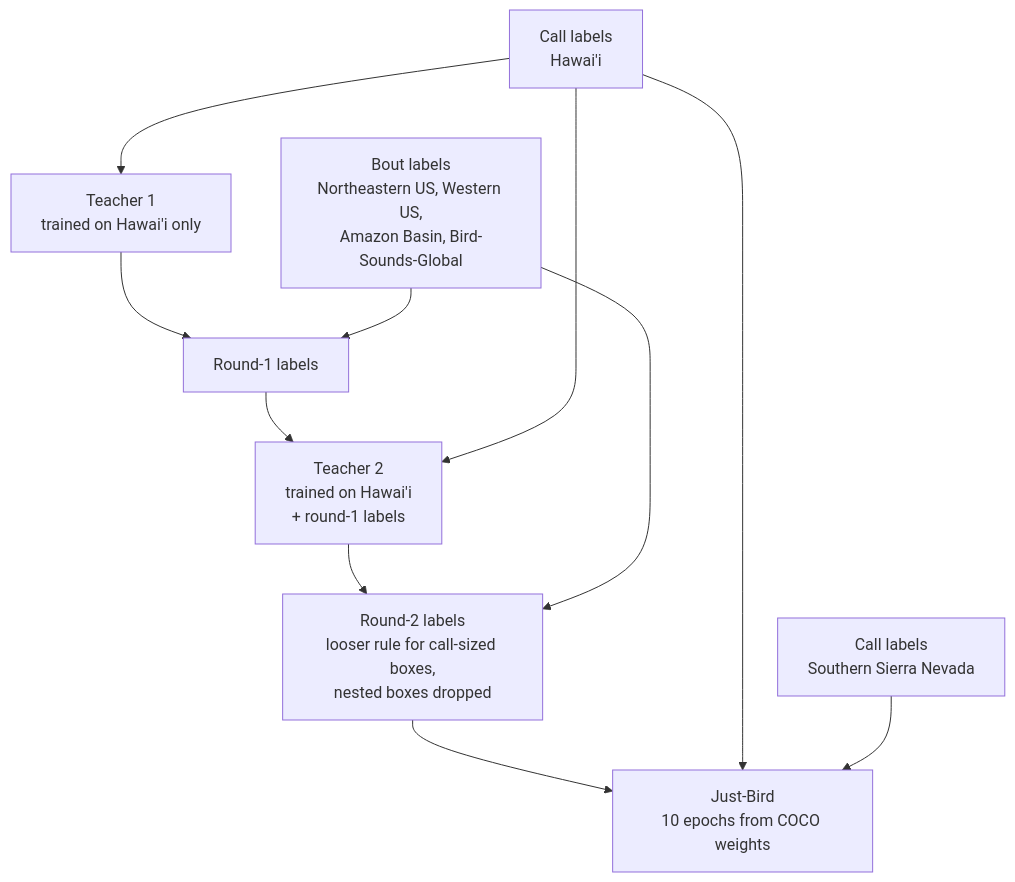
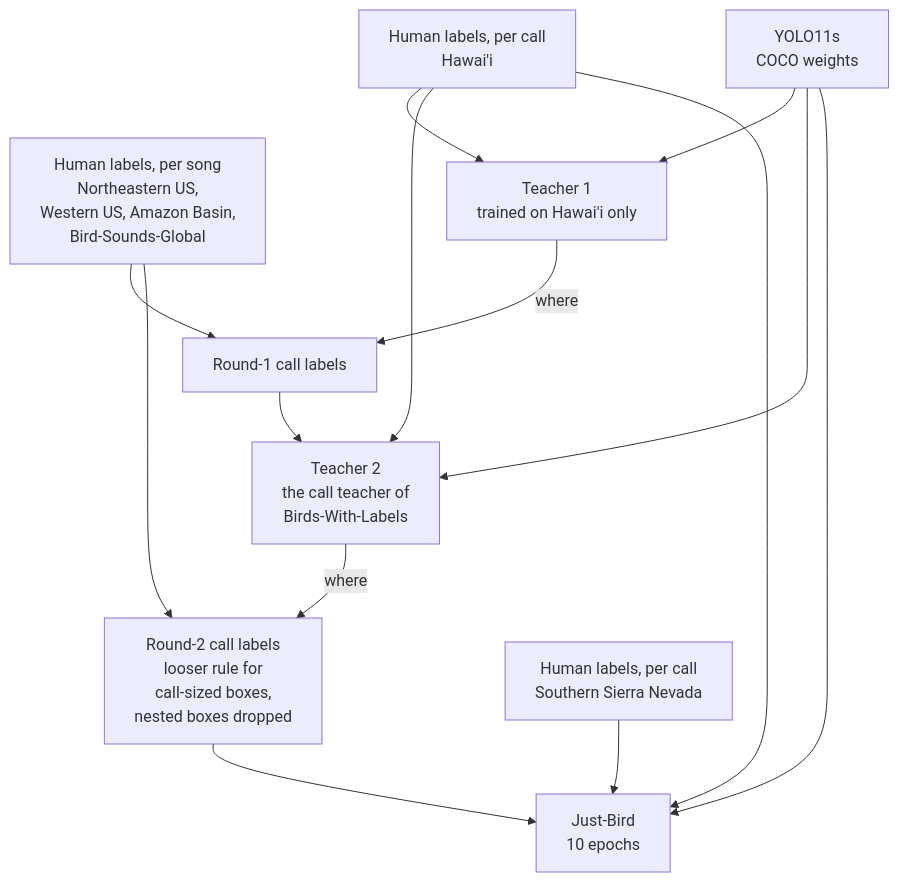
Before and after one commit to birdnet-team/BirdBox: the diagram in docs/models-and-metrics/just-bird-training.md, drawn with Mermaid. The commit also changed other lines of this file and 2 other files, not shown here.

Commit message:
Docs: the Just-Bird and Birds-With-Labels training charts use the same terms

````diff
--- a/docs/models-and-metrics/just-bird-training.md
+++ b/docs/models-and-metrics/just-bird-training.md
@@ -11,21 +11,25 @@
 ```mermaid
 flowchart TD
-  hawaii["Call labels<br/>Hawai'i"]
-  bouts["Bout labels<br/>Northeastern US, Western US,<br/>Amazon Basin, Bird-Sounds-Global"]
+  coco["YOLO11s<br/>COCO weights"]
+  hawaii["Human labels, per call<br/>Hawai'i"]
+  bouts["Human labels, per song<br/>Northeastern US,<br/>Western US, Amazon Basin,<br/>Bird-Sounds-Global"]
   t1["Teacher 1<br/>trained on Hawai'i only"]
-  r1["Round-1 labels"]
-  t2["Teacher 2<br/>trained on Hawai'i<br/>+ round-1 labels"]
-  r2["Round-2 labels<br/>looser rule for call-sized boxes,<br/>nested boxes dropped"]
-  ssn["Call labels<br/>Southern Sierra Nevada"]
-  final["Just-Bird<br/>10 epochs from COCO weights"]
+  r1["Round-1 call labels"]
+  t2["Teacher 2<br/>the call teacher of<br/>Birds-With-Labels"]
+  r2["Round-2 call labels<br/>looser rule for<br/>call-sized boxes,<br/>nested boxes dropped"]
+  ssn["Human labels, per call<br/>Southern Sierra Nevada"]
+  final["Just-Bird<br/>10 epochs"]
+  coco --> t1
   hawaii --> t1
-  t1 --> r1
+  t1 -- "where" --> r1
   bouts --> r1
   r1 --> t2
   hawaii --> t2
-  t2 --> r2
+  coco --> t2
+  t2 -- "where" --> r2
   bouts --> r2
   r2 --> final
   hawaii --> final
   ssn --> final
+  coco --> final
 ```
````
